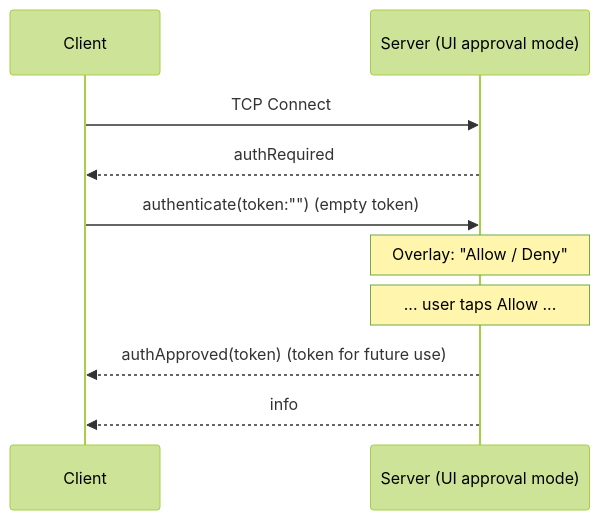
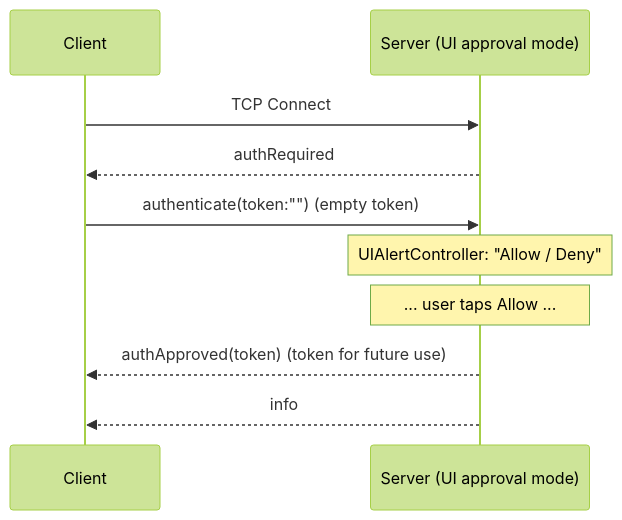
The third of 3 diagrams in docs/WIRE-PROTOCOL.md (RoyalPineapple/TheButtonHeist), drawn with Mermaid (forest theme) before and after one commit. The commit also changed other lines of this file and 15 other files, not shown here.

````diff
--- a/docs/WIRE-PROTOCOL.md
+++ b/docs/WIRE-PROTOCOL.md
@@ -1164,13 +1166,13 @@
 ```mermaid
 sequenceDiagram
     participant Client
     participant Server as Server (UI approval mode)
 
     Client->>Server: TCP Connect
     Server-->>Client: authRequired
     Client->>Server: authenticate(token:"") (empty token)
-    Note over Server: Overlay: "Allow / Deny"
+    Note over Server: UIAlertController: "Allow / Deny"
     Note over Server: ... user taps Allow ...
     Server-->>Client: authApproved(token) (token for future use)
     Server-->>Client: info
 ```
````
